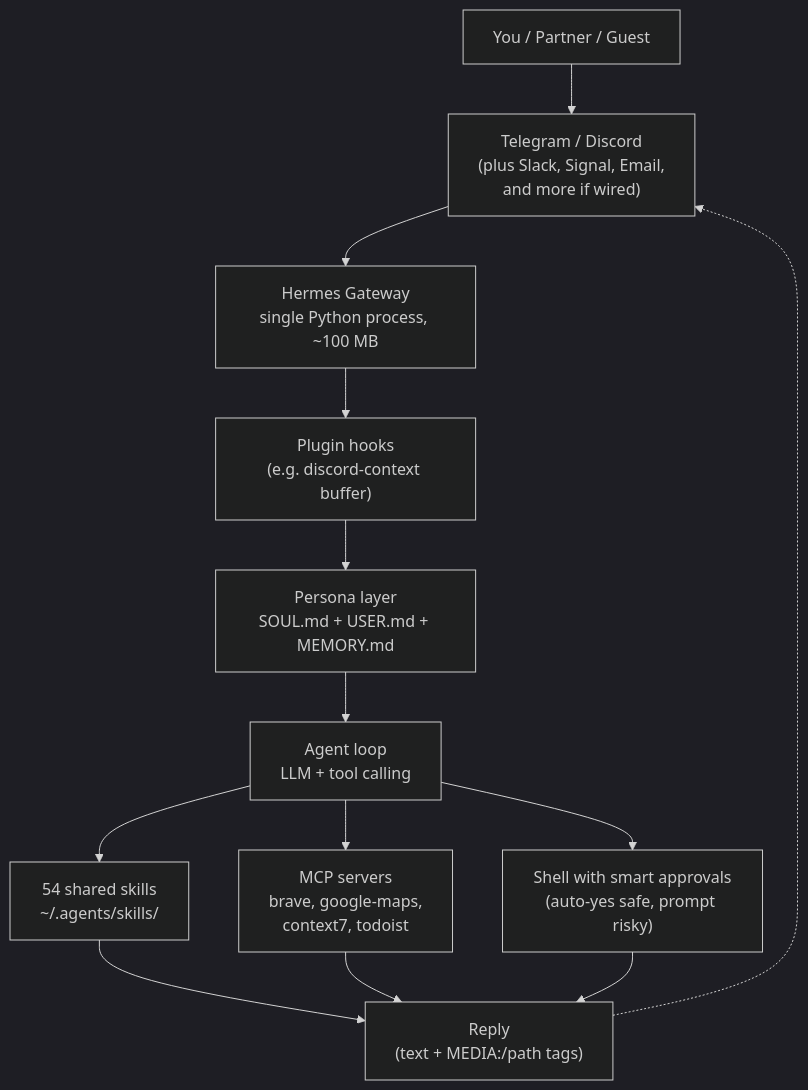
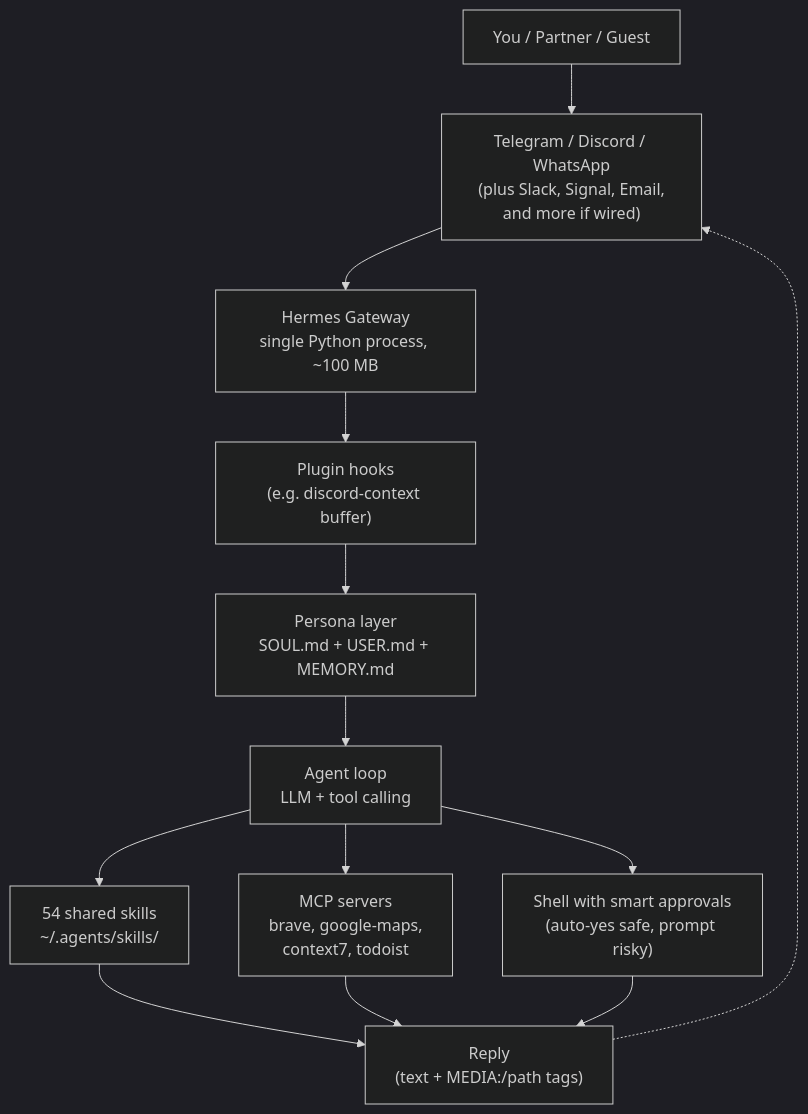
Before and after one commit to absolutepraya/blog: the diagram in content/posts/i-built-a-friend-who-lives-on-my-vps.md, drawn with Mermaid (dark theme). The commit also changed other lines of this file, not shown here.

Commit message:
Mention WhatsApp and RSSHub in Hermes blog post

````diff
--- a/content/posts/i-built-a-friend-who-lives-on-my-vps.md
+++ b/content/posts/i-built-a-friend-who-lives-on-my-vps.md
@@ -42,18 +42,18 @@
 ```mermaid
 graph TD
     User["You / Partner / Guest"]
-    User --> Platform["Telegram / Discord<br>(plus Slack, Signal, Email,<br>and more if wired)"]
+    User --> Platform["Telegram / Discord / WhatsApp<br>(plus Slack, Signal, Email,<br>and more if wired)"]
     Platform --> Gateway["Hermes Gateway<br>single Python process, ~100 MB"]
     Gateway --> Hooks["Plugin hooks<br>(e.g. discord-context buffer)"]
     Hooks --> Persona["Persona layer<br>SOUL.md + USER.md + MEMORY.md"]
     Persona --> Agent["Agent loop<br>LLM + tool calling"]
 
     Agent --> Skills["54 shared skills<br>~/.agents/skills/"]
     Agent --> MCP["MCP servers<br>brave, google-maps,<br>context7, todoist"]
     Agent --> Shell["Shell with smart approvals<br>(auto-yes safe, prompt risky)"]
 
     Skills --> Reply["Reply<br>(text + MEDIA:/path tags)"]
     MCP --> Reply
     Shell --> Reply
     Reply -.-> Platform
 ```
````
